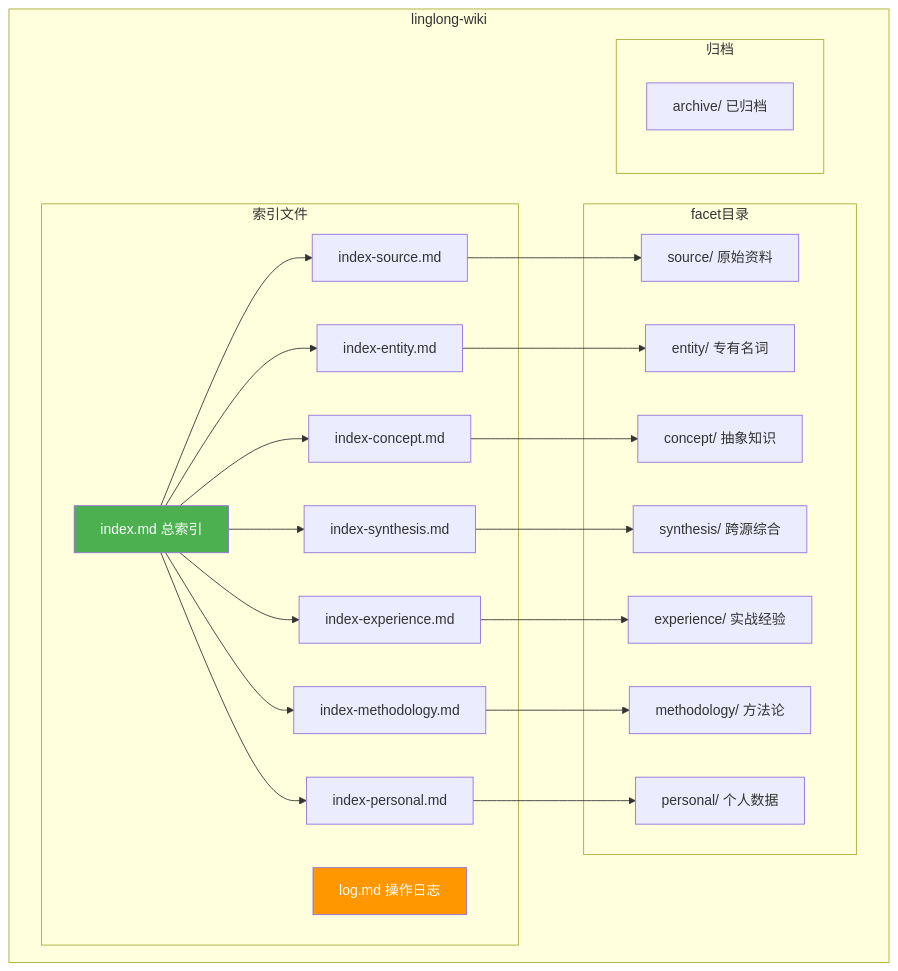
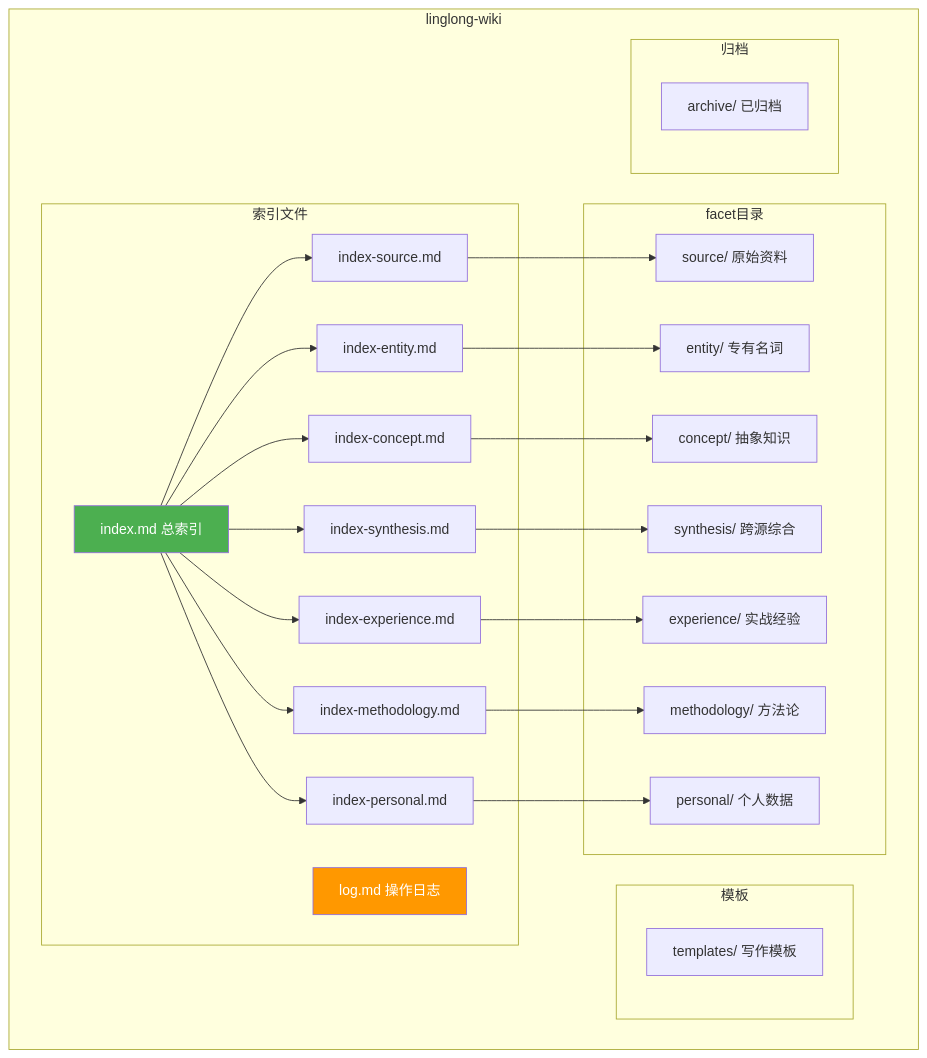
One commit to xinovate/linglong-knowledge changed the diagram in docs/knowledge/design/02-directory-structure.md. Above: the diagram before and after it, drawn with Mermaid. The commit also changed other lines of this file and 2 other files, not shown here.

````diff
--- a/docs/knowledge/design/02-directory-structure.md
+++ b/docs/knowledge/design/02-directory-structure.md
@@ -16,48 +16,52 @@
 ```mermaid
 graph TD
     subgraph linglong-wiki
         subgraph 索引文件
             IDX[index.md 总索引]
             IDX_S[index-source.md]
             IDX_E[index-entity.md]
             IDX_C[index-concept.md]
             IDX_SY[index-synthesis.md]
             IDX_EX[index-experience.md]
             IDX_M[index-methodology.md]
             IDX_P[index-personal.md]
             LOG[log.md 操作日志]
         end
 
         subgraph facet目录
             SRC[source/ 原始资料]
             ENT[entity/ 专有名词]
             CON[concept/ 抽象知识]
             SYN[synthesis/ 跨源综合]
             EXP[experience/ 实战经验]
             MET[methodology/ 方法论]
             PER[personal/ 个人数据]
         end
 
+        subgraph 模板
+            TPL[templates/ 写作模板]
+        end
+
         subgraph 归档
             ARC[archive/ 已归档]
         end
     end
 
     IDX --> IDX_S
     IDX --> IDX_E
     IDX --> IDX_C
     IDX --> IDX_SY
     IDX --> IDX_EX
     IDX --> IDX_M
     IDX --> IDX_P
     IDX_S --> SRC
     IDX_E --> ENT
     IDX_C --> CON
     IDX_SY --> SYN
     IDX_EX --> EXP
     IDX_M --> MET
     IDX_P --> PER
 
     style IDX fill:#4CAF50,color:#fff
     style LOG fill:#FF9800,color:#fff
 ```
````
